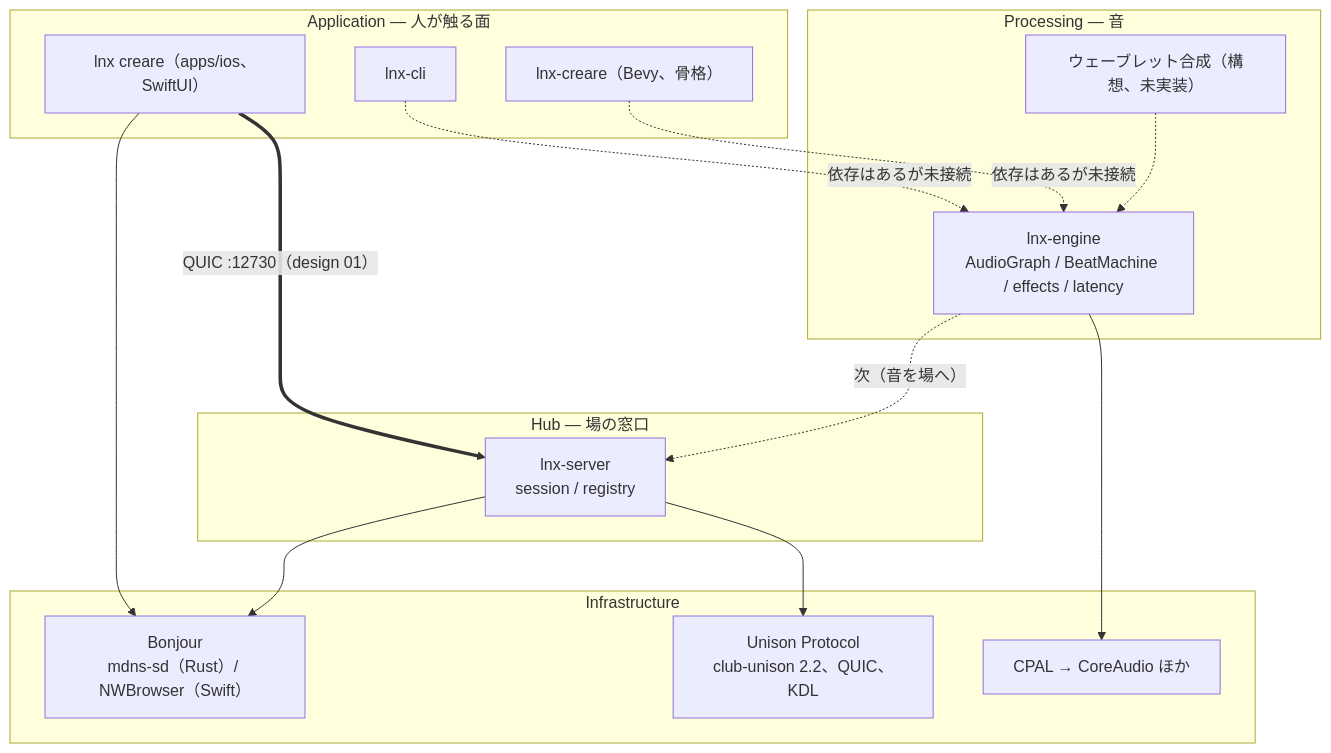
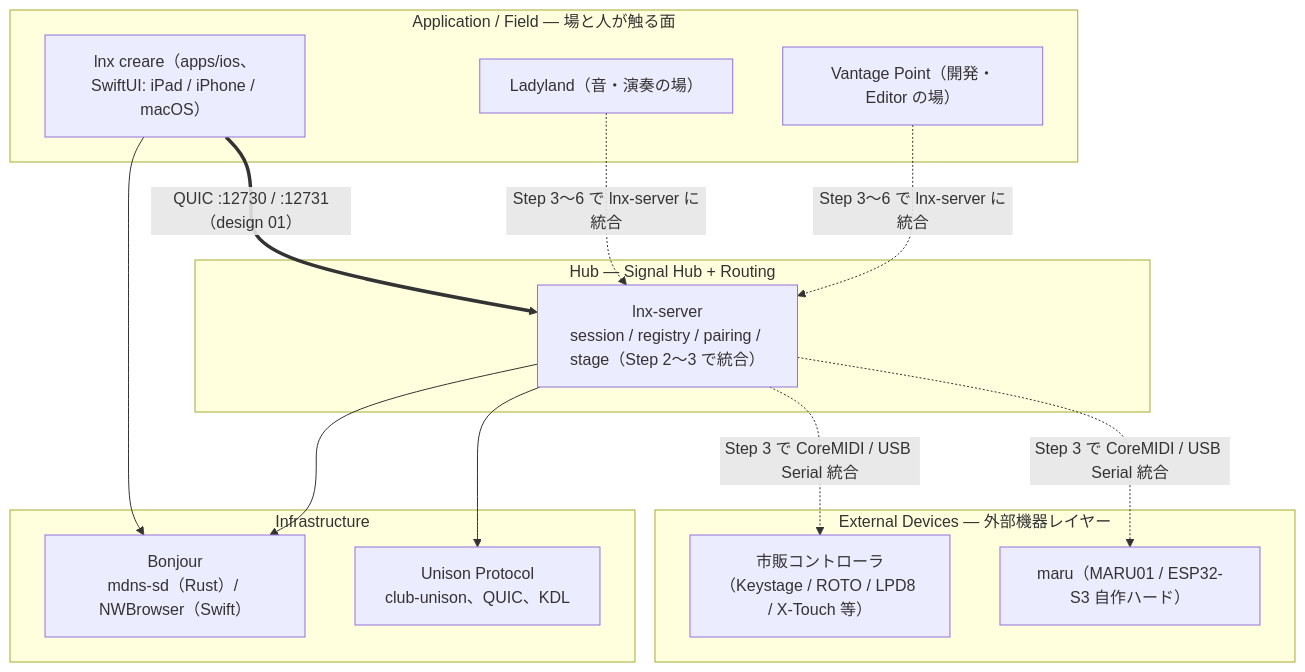
Before and after one commit to chronista-club/lnx: the diagram in docs/design/02-architecture.md, drawn with Mermaid. The commit also changed other lines of this file and 30 other files, not shown here.

Commit message:
chore: 未接続の旧世代 3 crate（lnx-engine / lnx-cli / Bevy lnx-creare）を撤去し workspace を純化する

````diff
--- a/docs/design/02-architecture.md
+++ b/docs/design/02-architecture.md
@@ -27,29 +26,27 @@
 ```mermaid
 graph TB
-    subgraph App["Application — 人が触る面"]
-        Creare["lnx creare（apps/ios、SwiftUI）"]
-        CLI["lnx-cli"]
-        Bevy["lnx-creare（Bevy、骨格）"]
+    subgraph Apps["Application / Field — 場と人が触る面"]
+        Creare["lnx creare（apps/ios、SwiftUI: iPad / iPhone / macOS）"]
+        LL["Ladyland（音・演奏の場）"]
+        VP["Vantage Point（開発・Editor の場）"]
     end
-    subgraph Hub["Hub — 場の窓口"]
-        Server["lnx-server<br/>session / registry"]
+    subgraph Hub["Hub — Signal Hub + Routing"]
+        Server["lnx-server<br/>session / registry / pairing / stage（Step 2〜3 で統合）"]
     end
-    subgraph Proc["Processing — 音"]
-        Engine["lnx-engine<br/>AudioGraph / BeatMachine / effects / latency"]
-        Wavelet["ウェーブレット合成（構想、未実装）"]
+    subgraph Devices["External Devices — 外部機器レイヤー"]
+        Maru["maru（MARU01 / ESP32-S3 自作ハード）"]
+        MIDI["市販コントローラ（Keystage / ROTO / LPD8 / X-Touch 等）"]
     end
     subgraph Infra["Infrastructure"]
-        Unison["Unison Protocol<br/>club-unison 2.2、QUIC、KDL"]
+        Unison["Unison Protocol<br/>club-unison、QUIC、KDL"]
         Bonjour["Bonjour<br/>mdns-sd（Rust）/ NWBrowser（Swift）"]
-        CPAL["CPAL → CoreAudio ほか"]
     end
-    Creare ==>|"QUIC :12730（design 01）"| Server
+    Creare ==>|"QUIC :12730 / :12731（design 01）"| Server
+    LL -.->|"Step 3〜6 で lnx-server に統合"| Server
+    VP -.->|"Step 3〜6 で lnx-server に統合"| Server
+    Server -.->|"Step 3 で CoreMIDI / USB Serial 統合"| Maru
+    Server -.->|"Step 3 で CoreMIDI / USB Serial 統合"| MIDI
     Server --> Unison
     Server --> Bonjour
     Creare --> Bonjour
-    CLI -.->|"依存はあるが未接続"| Engine
-    Bevy -.->|"依存はあるが未接続"| Engine
-    Engine --> CPAL
-    Engine -.->|"次（音を場へ）"| Server
-    Wavelet -.-> Engine
 ```
````
